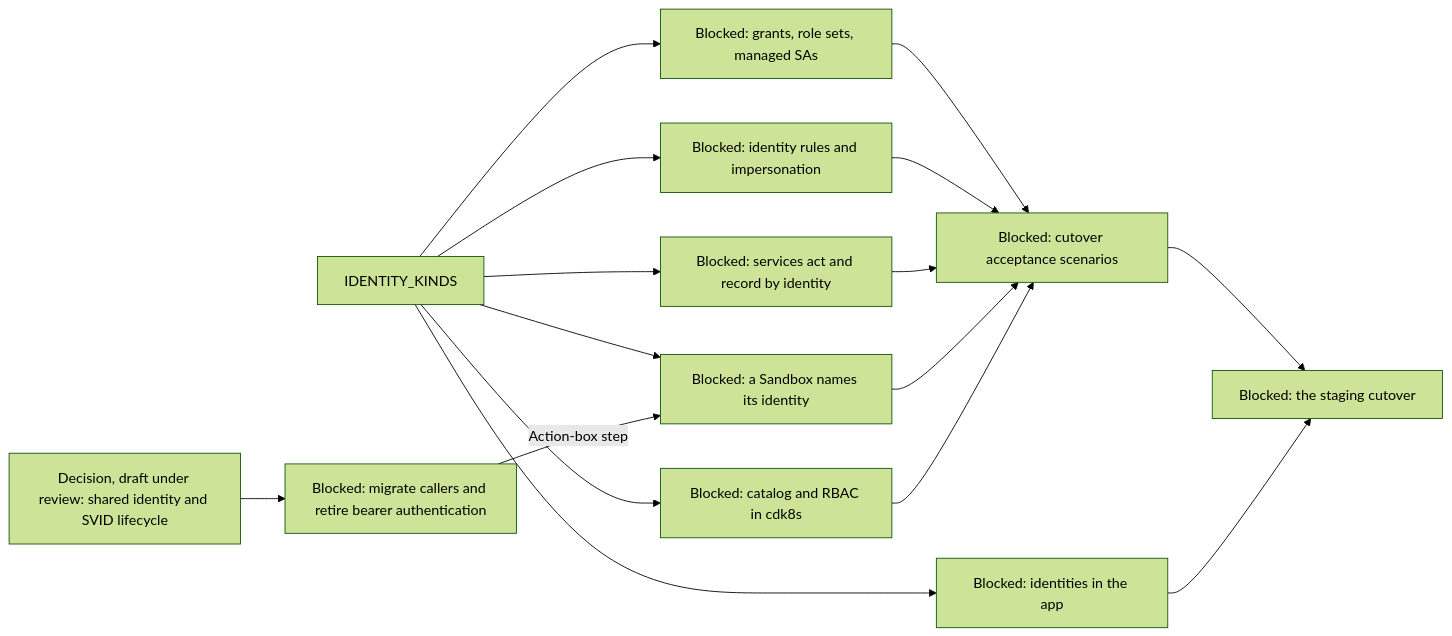
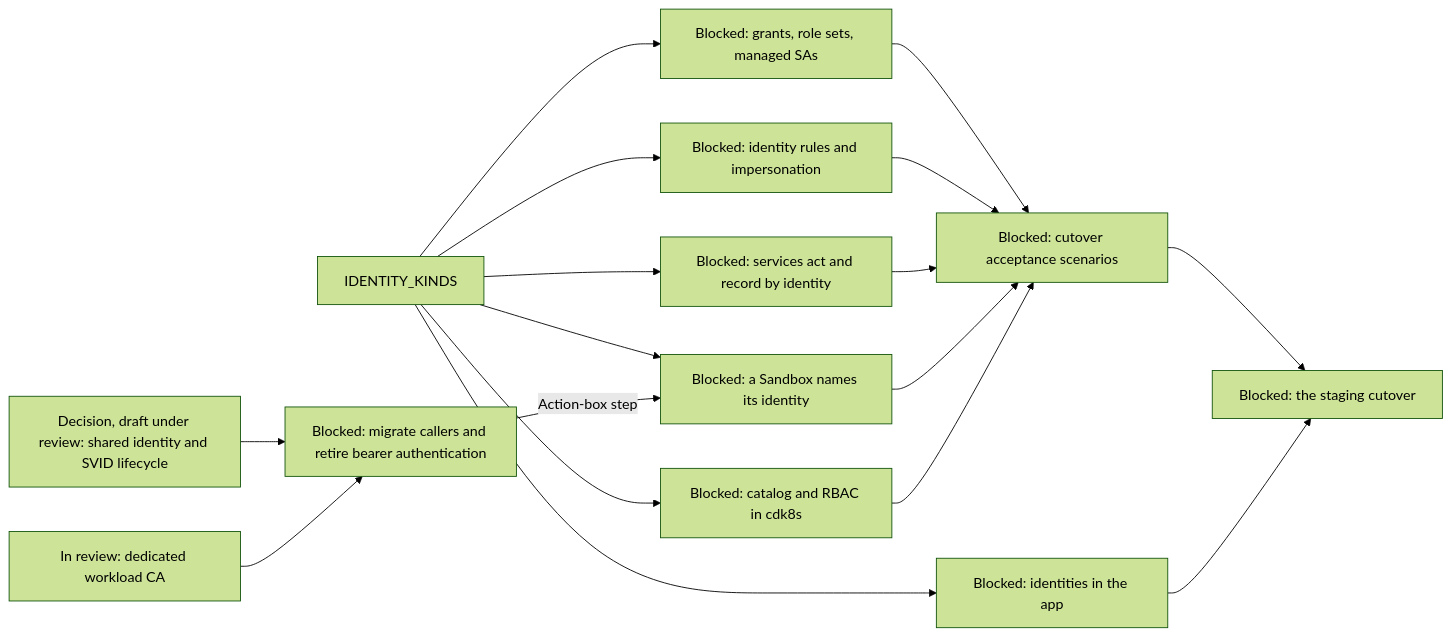
One commit to agentydragon/ducktape changed diagram 17 of 19 in agentplane/plans/task_dag.md. Above: the diagram before and after it, drawn with Mermaid (forest theme). The commit also changed other lines of this file and 37 other files, not shown here.

First line of the commit message:
agentplane: issue every SVID from a dedicated workload CA

````diff
--- a/agentplane/plans/task_dag.md
+++ b/agentplane/plans/task_dag.md
@@ -3038,18 +3038,19 @@
 ```mermaid
 flowchart LR
     IDENTITY_KINDS --> POLICY_GRANTS[Blocked: grants, role sets, managed SAs]
     IDENTITY_KINDS --> EGRESS_IDENTITY_RULES[Blocked: identity rules and impersonation]
     IDENTITY_KINDS --> SERVICES_IDENTITY_PRINCIPAL[Blocked: services act and record by identity]
     IDENTITY_KINDS --> SANDBOX_IDENTITY_SPEC[Blocked: a Sandbox names its identity]
     IDENTITY_KINDS --> IDENTITY_CATALOG[Blocked: catalog and RBAC in cdk8s]
     IDENTITY_KINDS --> APP_IDENTITIES_UI[Blocked: identities in the app]
     WORKLOAD_IDENTITY_LIFECYCLE_DESIGN[Decision, draft under review: shared identity and SVID lifecycle] --> WORKLOAD_AUTH_CUTOVER[Blocked: migrate callers and retire bearer authentication]
     WORKLOAD_AUTH_CUTOVER -->|Action-box step| SANDBOX_IDENTITY_SPEC
+    WORKLOAD_CA[In review: dedicated workload CA] --> WORKLOAD_AUTH_CUTOVER
     POLICY_GRANTS --> IDENTITY_SYSTEM_TESTS[Blocked: cutover acceptance scenarios]
     EGRESS_IDENTITY_RULES --> IDENTITY_SYSTEM_TESTS
     SERVICES_IDENTITY_PRINCIPAL --> IDENTITY_SYSTEM_TESTS
     SANDBOX_IDENTITY_SPEC --> IDENTITY_SYSTEM_TESTS
     IDENTITY_CATALOG --> IDENTITY_SYSTEM_TESTS
     IDENTITY_SYSTEM_TESTS --> IDENTITY_CUTOVER[Blocked: the staging cutover]
     APP_IDENTITIES_UI --> IDENTITY_CUTOVER
 ```
````
